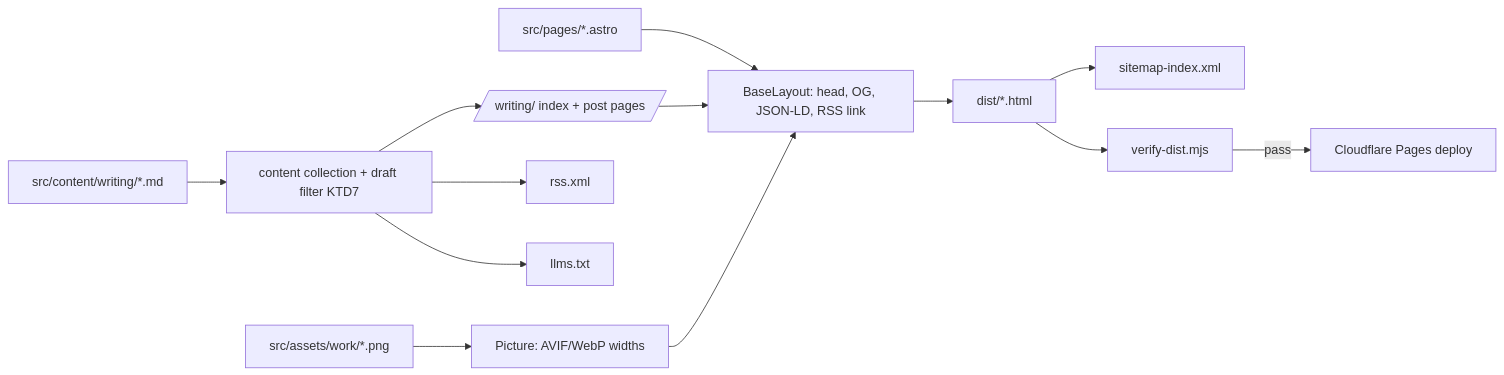
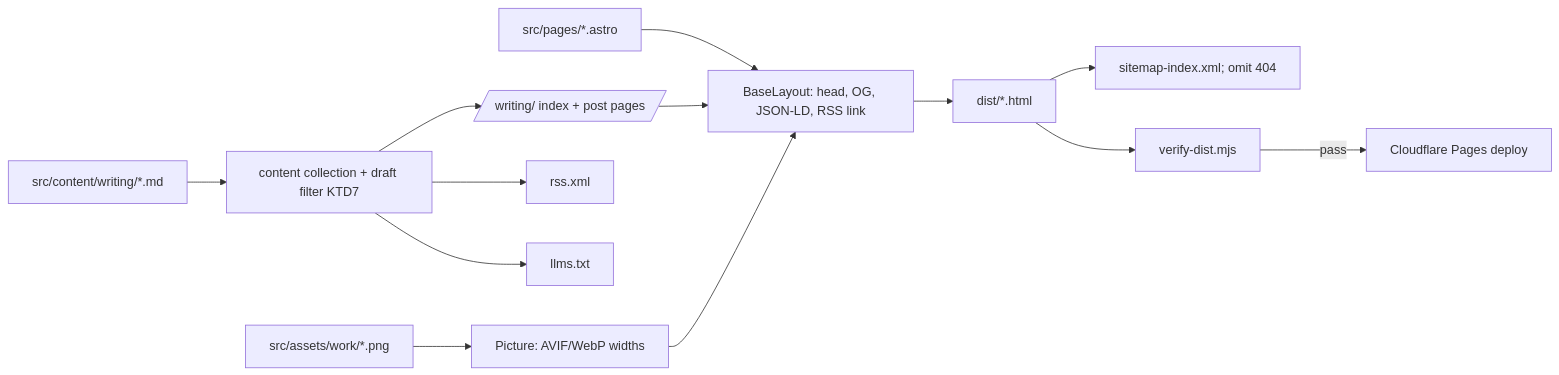
Before and after one commit to TomaOfficer/TomaOfficer: the first of 2 diagrams in docs/plans/2026-10-28-001-feat-astro-blog-cloudflare-migration-plan.md, drawn with Mermaid. The commit also changed other lines of this file, not shown here.

````diff
--- a/docs/plans/2026-10-28-001-feat-astro-blog-cloudflare-migration-plan.md
+++ b/docs/plans/2026-10-28-001-feat-astro-blog-cloudflare-migration-plan.md
@@ -101,15 +102,15 @@
 ```mermaid
 flowchart LR
   MD[src/content/writing/*.md] --> CC[content collection + draft filter KTD7]
   PG[src/pages/*.astro] --> L[BaseLayout: head, OG, JSON-LD, RSS link]
   CC --> PP[/writing/ index + post pages/]
   CC --> RSS[rss.xml]
   CC --> LLM[llms.txt]
   PP --> L
   IMG[src/assets/work/*.png] --> PIC[Picture: AVIF/WebP widths]
   PIC --> L
   L --> DIST[dist/*.html]
-  DIST --> SM[sitemap-index.xml]
+  DIST --> SM[sitemap-index.xml; omit 404]
   DIST --> V[verify-dist.mjs]
   V -->|pass| CF[Cloudflare Pages deploy]
 ```
````
